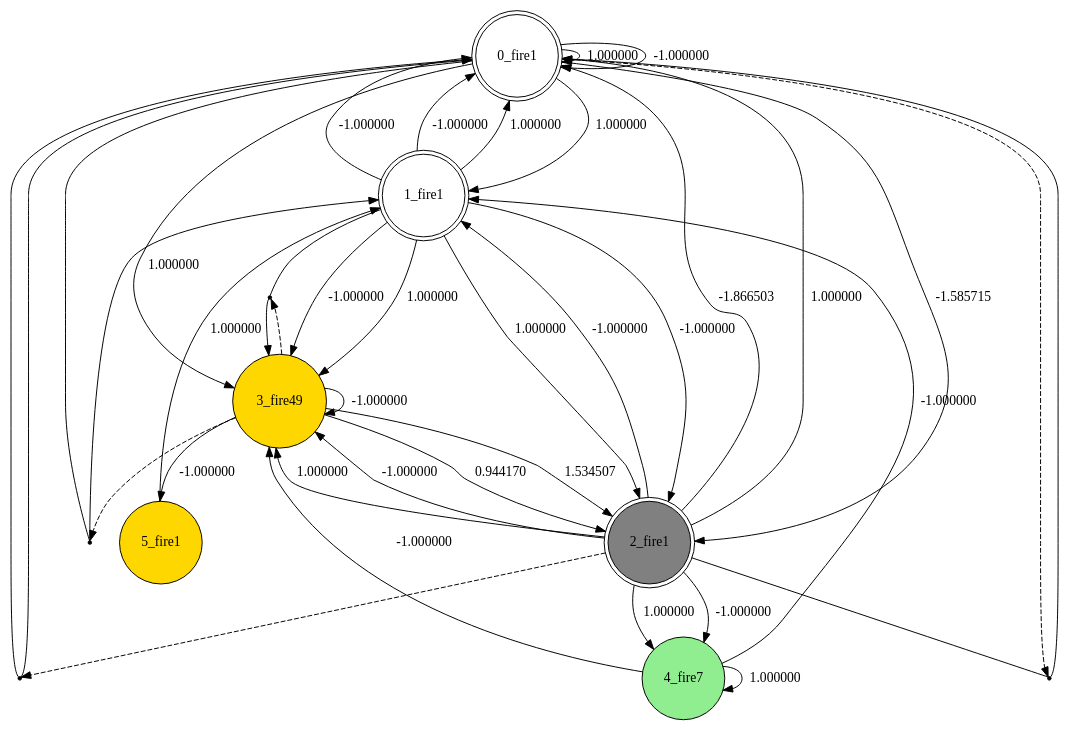
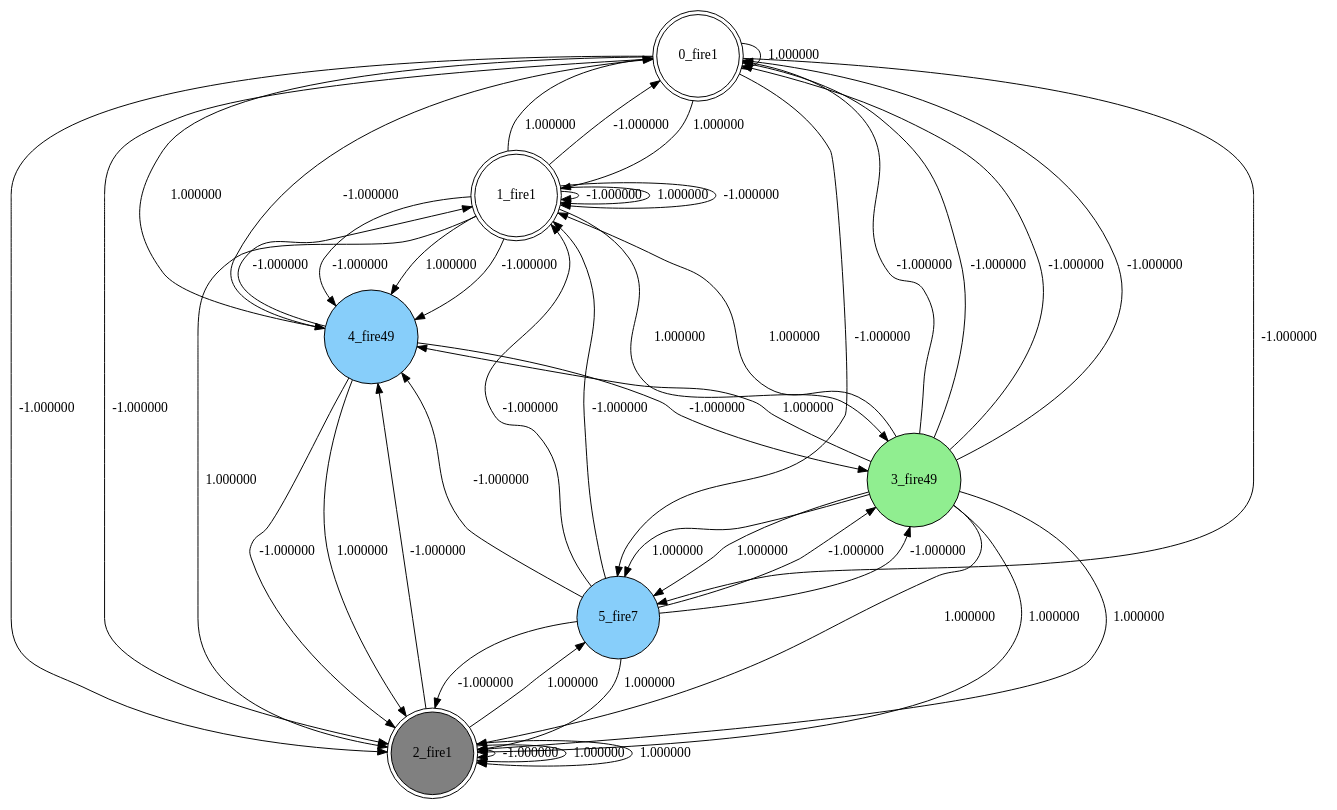
Before and after one commit to tim-ufer/SUNA-NOC: the diagram in best_individual.dot, drawn with Graphviz. The commit also changed 4 other files, not shown here.

```diff
--- a/best_individual.dot
+++ b/best_individual.dot
@@ -1,52 +1,54 @@
 digraph G {
  node[shape = circle]
 0 [label="0_fire1",shape=doublecircle]
 1 [label="1_fire1",shape=doublecircle]
 2 [label="2_fire1",shape=doublecircle, style=filled, fillcolor=gray]
-3 [label="3_fire49",style=filled, fillcolor=gold]
-4 [label="4_fire7",style=filled, fillcolor=lightgreen]
-5 [label="5_fire1",style=filled, fillcolor=gold]
-2 -> 3 [label="1.000000"]
-0 -> 2 [label="-1.585715"]
-6 [shape=point, label=""]
-3 -> 6 [style=dashed] 
-1 -> 6 [dir=none]
-6 -> 3 
-1 -> 2 [label="-1.000000"]
-7 [shape=point, label=""]
-3 -> 7 [style=dashed] 
-0 -> 7 [dir=none]
-7 -> 1 
-3 -> 2 [label="1.534507"]
-3 -> 3 [label="-1.000000"]
+3 [label="3_fire49",style=filled, fillcolor=lightgreen]
+4 [label="4_fire49",style=filled, fillcolor=lightskyblue]
+5 [label="5_fire7",style=filled, fillcolor=lightskyblue]
+0 -> 4 [label="1.000000"]
+3 -> 1 [label="1.000000"]
+5 -> 2 [label="-1.000000"]
+1 -> 0 [label="1.000000"]
+1 -> 1 [label="-1.000000"]
+2 -> 2 [label="-1.000000"]
+5 -> 1 [label="-1.000000"]
+1 -> 1 [label="1.000000"]
+3 -> 0 [label="-1.000000"]
+5 -> 3 [label="-1.000000"]
+2 -> 2 [label="1.000000"]
+1 -> 4 [label="-1.000000"]
+3 -> 0 [label="-1.000000"]
+3 -> 2 [label="1.000000"]
+5 -> 3 [label="-1.000000"]
+1 -> 0 [label="-1.000000"]
+3 -> 0 [label="-1.000000"]
+0 -> 5 [label="-1.000000"]
+5 -> 2 [label="1.000000"]
+3 -> 5 [label="1.000000"]
+0 -> 0 [label="1.000000"]
+4 -> 2 [label="1.000000"]
+1 -> 4 [label="1.000000"]
+2 -> 5 [label="1.000000"]
+3 -> 0 [label="-1.000000"]
+2 -> 2 [label="1.000000"]
+0 -> 5 [label="-1.000000"]
+0 -> 2 [label="-1.000000"]
 0 -> 1 [label="1.000000"]
+4 -> 3 [label="-1.000000"]
+4 -> 1 [label="-1.000000"]
+4 -> 2 [label="-1.000000"]
+1 -> 1 [label="-1.000000"]
+3 -> 5 [label="1.000000"]
+3 -> 4 [label="1.000000"]
+0 -> 2 [label="-1.000000"]
+1 -> 2 [label="1.000000"]
+5 -> 1 [label="-1.000000"]
 2 -> 4 [label="-1.000000"]
-2 -> 0 [label="-1.866503"]
-0 -> 0 [label="1.000000"]
-3 -> 2 [label="0.944170"]
-1 -> 2 [label="1.000000"]
-8 [shape=point, label=""]
-2 -> 8 [style=dashed] 
-0 -> 8 [dir=none]
-8 -> 0 
-1 -> 0 [label="-1.000000"]
-1 -> 3 [label="-1.000000"]
-1 -> 0 [label="-1.000000"]
-4 -> 1 [label="-1.000000"]
-0 -> 3 [label="1.000000"]
-9 [shape=point, label=""]
-0 -> 9 [style=dashed] 
-2 -> 9 [dir=none]
-9 -> 0 
-2 -> 3 [label="-1.000000"]
-4 -> 3 [label="-1.000000"]
+3 -> 2 [label="1.000000"]
+3 -> 2 [label="1.000000"]
+5 -> 4 [label="-1.000000"]
+4 -> 0 [label="-1.000000"]
 1 -> 3 [label="1.000000"]
-1 -> 0 [label="1.000000"]
-2 -> 1 [label="-1.000000"]
-4 -> 4 [label="1.000000"]
-2 -> 0 [label="1.000000"]
-0 -> 0 [label="-1.000000"]
-2 -> 4 [label="1.000000"]
-5 -> 1 [label="1.000000"]
-3 -> 5 [label="-1.000000"]
+1 -> 4 [label="-1.000000"]
 }
```
